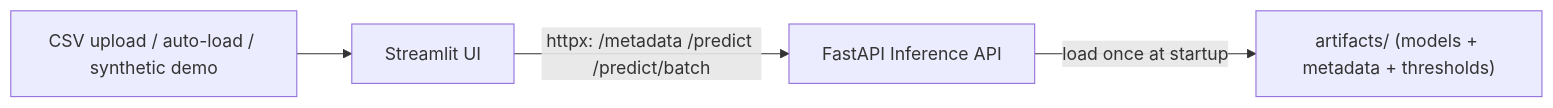
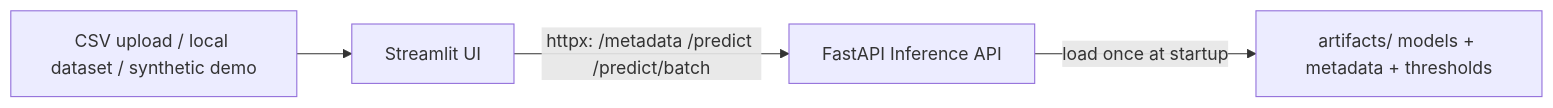
The diagram in README.md (tarekmasryo/fraud-detection-dashboard), drawn with Mermaid before and after one commit. The commit also changed other lines of this file and 5 other files, not shown here.

````diff
--- a/README.md
+++ b/README.md
@@ -70,6 +84,6 @@
 ```mermaid
 flowchart LR
-  DATA["CSV upload / auto-load / synthetic demo"] --> UI["Streamlit UI"]
+  DATA["CSV upload / local dataset / synthetic demo"] --> UI["Streamlit UI"]
   UI -->|"httpx: /metadata /predict /predict/batch"| API["FastAPI Inference API"]
-  API -->|"load once at startup"| ART["artifacts/ (models + metadata + thresholds)"]
+  API -->|"load once at startup"| ART["artifacts/ models + metadata + thresholds"]
 ```
````
